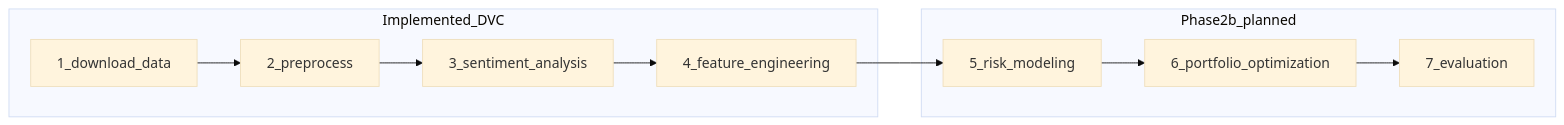
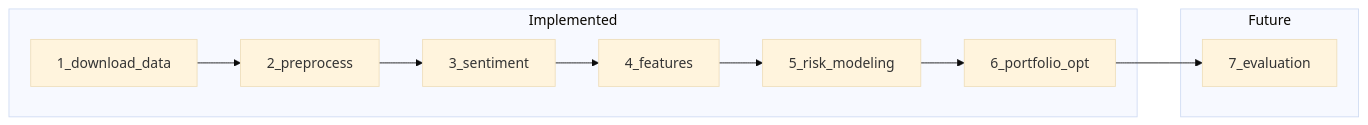
Before and after one commit to R1G12/ai-quant-risk-engine: the first of 2 diagrams in README.md, drawn with Mermaid (base theme). The commit also changed other lines of this file and 83 other files, not shown here.

````diff
--- a/README.md
+++ b/README.md
@@ -13,15 +11,15 @@
 ```mermaid
 flowchart LR
-  subgraph done [Implemented_DVC]
+  subgraph done [Implemented]
     S1[1_download_data]
     S2[2_preprocess]
-    S3[3_sentiment_analysis]
-    S4[4_feature_engineering]
+    S3[3_sentiment]
+    S4[4_features]
+    S5[5_risk_modeling]
+    S6[6_portfolio_opt]
   end
-  subgraph planned [Phase2b_planned]
-    S5[5_risk_modeling]
-    S6[6_portfolio_optimization]
+  subgraph planned [Future]
     S7[7_evaluation]
   end
   S1 --> S2 --> S3 --> S4 --> S5 --> S6 --> S7
 ```
````
